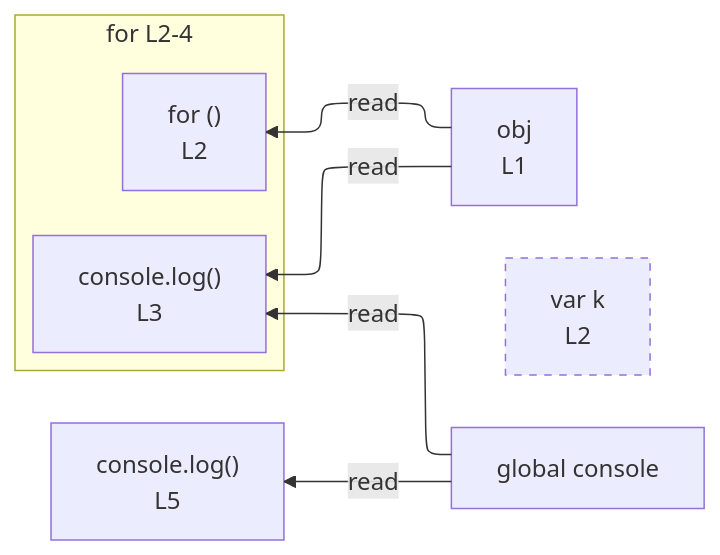
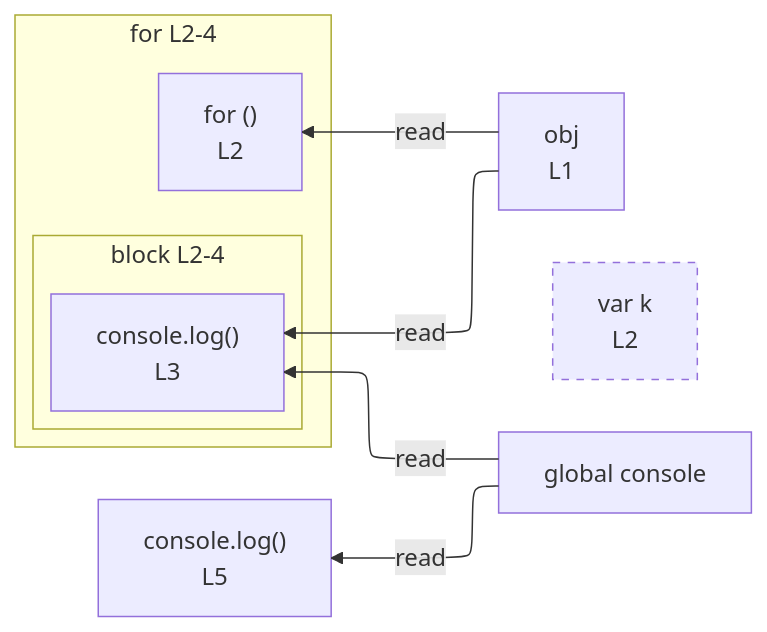
Before and after one commit to crescware/unsnarl: the diagram in integration/fixtures/iteration-statement/for-in/var-binding/preview.md, drawn with Mermaid. The commit also changed 106 other files, not shown here.

````diff
--- a/integration/fixtures/iteration-statement/for-in/var-binding/preview.md
+++ b/integration/fixtures/iteration-statement/for-in/var-binding/preview.md
@@ -21,19 +21,22 @@
 ```mermaid
 %%{init: {"flowchart": {"defaultRenderer": "elk"}}}%%
 flowchart RL
   n_scope_0_obj_6["obj<br/>L1"]
   n_scope_0_k_37["var k<br/>L2"]
   n_scope_0_console_51["global console"]
   subgraph s_scope_1["for L2-4"]
     direction RL
     for_test_scope_0_28["for ()<br/>L2"]
-    expr_stmt_51["console.log()<br/>L3"]
+    subgraph s_scope_2["block L2-4"]
+      direction RL
+      expr_stmt_51["console.log()<br/>L3"]
+    end
   end
   n_scope_0_obj_6 -->|read| for_test_scope_0_28
   n_scope_0_console_51 -->|read| expr_stmt_51
   n_scope_0_obj_6 -->|read| expr_stmt_51
   n_scope_0_console_51 -->|read| expr_stmt_77
   expr_stmt_77["console.log()<br/>L5"]
   classDef varNode stroke-dasharray:5 5;
   class n_scope_0_k_37 varNode;
 ```
````
